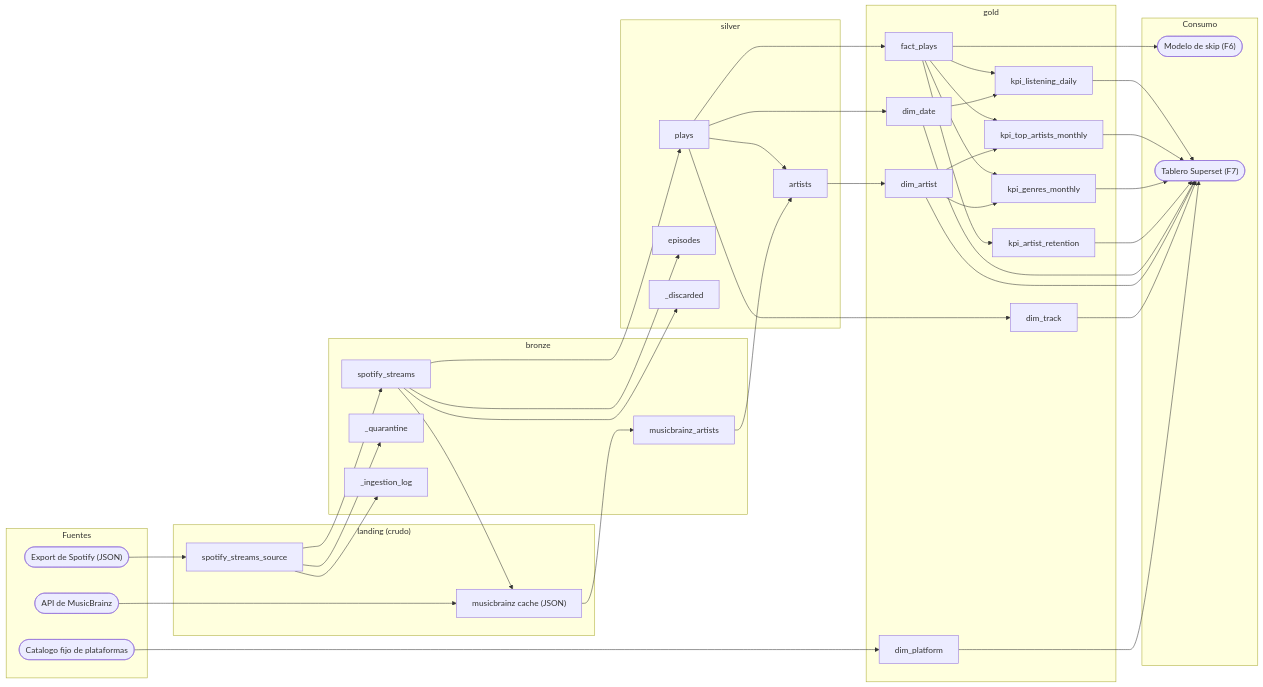
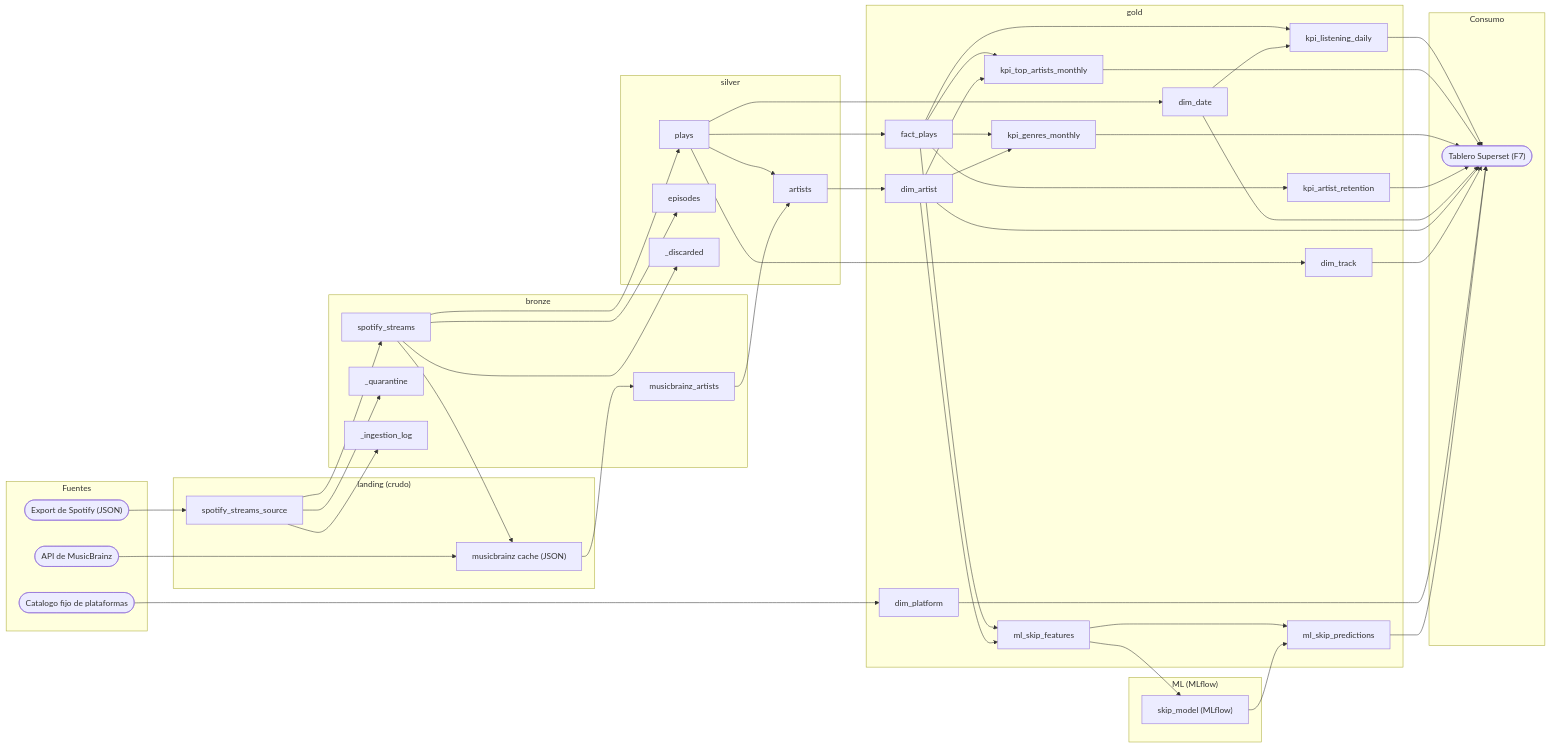
Before and after one commit to gabrielalvarezsurexs/LAKEHOUSE_EMPRESARIAL: the diagram in ENTREGABLES/03_calidad_y_linaje/CALIDAD_Y_LINAJE.md, drawn with Mermaid. The commit also changed other lines of this file and 40 other files, not shown here.

Commit message:
F6: modelo de skip, MLflow, inferencia en Dagster y notebook

````diff
--- a/ENTREGABLES/03_calidad_y_linaje/CALIDAD_Y_LINAJE.md
+++ b/ENTREGABLES/03_calidad_y_linaje/CALIDAD_Y_LINAJE.md
@@ -96,72 +96,81 @@
 ```mermaid
 flowchart LR
   subgraph ext["Fuentes"]
     ext_spotify(["Export de Spotify (JSON)"])
     ext_musicbrainz(["API de MusicBrainz"])
     ext_platform_catalog(["Catalogo fijo de plataformas"])
   end
   subgraph landing["landing (crudo)"]
     landing_spotify_streams_source["spotify_streams_source"]
     landing_musicbrainz_cache["musicbrainz cache (JSON)"]
   end
   subgraph bronze["bronze"]
     bronze_spotify_streams["spotify_streams"]
     bronze__quarantine["_quarantine"]
     bronze__ingestion_log["_ingestion_log"]
     bronze_musicbrainz_artists["musicbrainz_artists"]
   end
   subgraph silver["silver"]
     silver_plays["plays"]
     silver_episodes["episodes"]
     silver__discarded["_discarded"]
     silver_artists["artists"]
   end
   subgraph gold["gold"]
     gold_dim_date["dim_date"]
     gold_dim_artist["dim_artist"]
     gold_dim_track["dim_track"]
     gold_dim_platform["dim_platform"]
     gold_fact_plays["fact_plays"]
     gold_kpi_listening_daily["kpi_listening_daily"]
     gold_kpi_top_artists_monthly["kpi_top_artists_monthly"]
     gold_kpi_genres_monthly["kpi_genres_monthly"]
     gold_kpi_artist_retention["kpi_artist_retention"]
+    gold_ml_skip_features["ml_skip_features"]
+    gold_ml_skip_predictions["ml_skip_predictions"]
+  end
+  subgraph ml["ML (MLflow)"]
+    ml_skip_model["skip_model (MLflow)"]
   end
   subgraph consumer["Consumo"]
-    consumer_ml(["Modelo de skip (F6)"])
     consumer_bi(["Tablero Superset (F7)"])
   end
   ext_spotify --> landing_spotify_streams_source
   ext_musicbrainz --> landing_musicbrainz_cache
   bronze_spotify_streams --> landing_musicbrainz_cache
   landing_spotify_streams_source --> bronze_spotify_streams
   landing_spotify_streams_source --> bronze__quarantine
   landing_spotify_streams_source --> bronze__ingestion_log
   landing_musicbrainz_cache --> bronze_musicbrainz_artists
   bronze_spotify_streams --> silver_plays
   bronze_spotify_streams --> silver_episodes
   bronze_spotify_streams --> silver__discarded
   silver_plays --> silver_artists
   bronze_musicbrainz_artists --> silver_artists
   silver_plays --> gold_dim_date
   silver_artists --> gold_dim_artist
   silver_plays --> gold_dim_track
   ext_platform_catalog --> gold_dim_platform
   silver_plays --> gold_fact_plays
   gold_fact_plays --> gold_kpi_listening_daily
   gold_dim_date --> gold_kpi_listening_daily
   gold_fact_plays --> gold_kpi_top_artists_monthly
   gold_dim_artist --> gold_kpi_top_artists_monthly
   gold_fact_plays --> gold_kpi_genres_monthly
   gold_dim_artist --> gold_kpi_genres_monthly
   gold_fact_plays --> gold_kpi_artist_retention
-  gold_fact_plays --> consumer_ml
+  gold_fact_plays --> gold_ml_skip_features
+  gold_dim_artist --> gold_ml_skip_features
+  gold_ml_skip_features --> gold_ml_skip_predictions
+  ml_skip_model --> gold_ml_skip_predictions
+  gold_ml_skip_features --> ml_skip_model
   gold_kpi_listening_daily --> consumer_bi
   gold_kpi_top_artists_monthly --> consumer_bi
   gold_kpi_genres_monthly --> consumer_bi
   gold_kpi_artist_retention --> consumer_bi
   gold_dim_date --> consumer_bi
   gold_dim_artist --> consumer_bi
   gold_dim_track --> consumer_bi
   gold_dim_platform --> consumer_bi
+  gold_ml_skip_predictions --> consumer_bi
 ```
````
